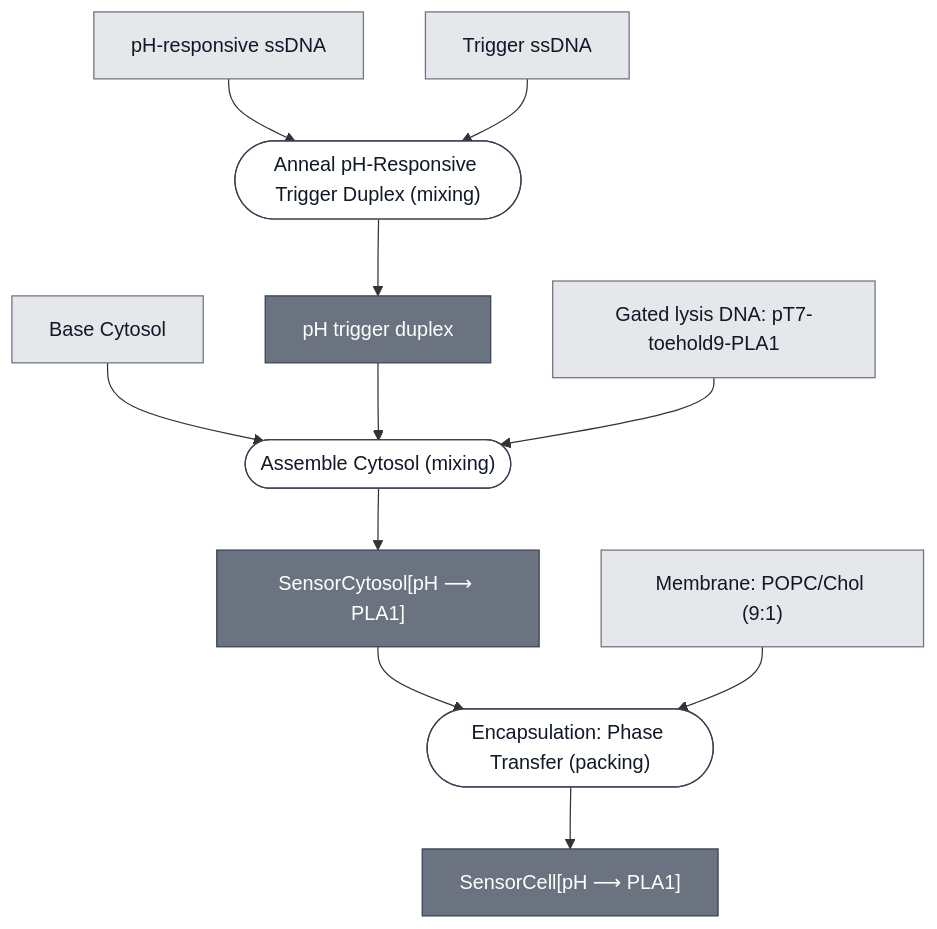
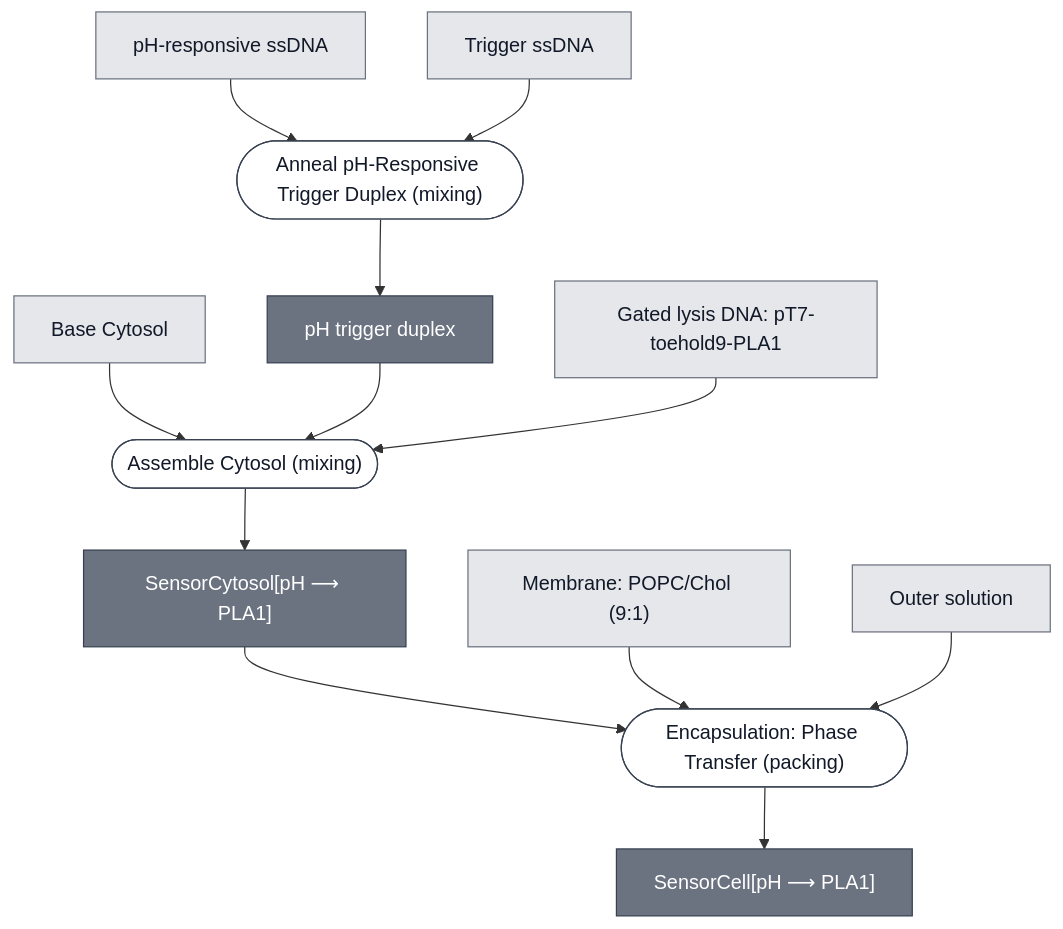
One commit to nucleus-eng/nucleus-docs changed the diagram in docs/modules/ph-sensing-cell/spec.md. Above: the diagram before and after it, drawn with Mermaid. The commit also changed 41 other files, not shown here.

````diff
--- a/docs/modules/ph-sensing-cell/spec.md
+++ b/docs/modules/ph-sensing-cell/spec.md
@@ -29,45 +29,48 @@
 ```mermaid
 flowchart TD
+    OUTER_SOLUTION["Outer solution"]
     BASE_CYTOSOL["Base Cytosol"]
     PH_RESPONSIVE_SSDNA["pH-responsive ssDNA"]
     TRIGGER_SSDNA["Trigger ssDNA"]
     EFFECTOR_PLA1_TOEHOLD["Gated lysis DNA: pT7-toehold9-PLA1"]
     MEMBRANE_POPC_CHOL_9_1["Membrane: POPC/Chol (9:1)"]
 
     P1_ANNEAL_TRIGGER_DUPLEX_0(["Anneal pH-Responsive Trigger Duplex (mixing)"])
     PH_TRIGGER_DUPLEX["pH trigger duplex"]
     P2_ASSEMBLE_CYTOSOL_0(["Assemble Cytosol (mixing)"])
     PH_SENSOR_CYTOSOL["SensorCytosol[pH ⟶ PLA1]"]
     P3_ENCAPSULATE_0(["Encapsulation: Phase Transfer (packing)"])
     PH_SENSING_CELL["SensorCell[pH ⟶ PLA1]"]
 
     PH_RESPONSIVE_SSDNA --> P1_ANNEAL_TRIGGER_DUPLEX_0
     TRIGGER_SSDNA --> P1_ANNEAL_TRIGGER_DUPLEX_0
     P1_ANNEAL_TRIGGER_DUPLEX_0 --> PH_TRIGGER_DUPLEX
 
     BASE_CYTOSOL --> P2_ASSEMBLE_CYTOSOL_0
     PH_TRIGGER_DUPLEX --> P2_ASSEMBLE_CYTOSOL_0
     EFFECTOR_PLA1_TOEHOLD --> P2_ASSEMBLE_CYTOSOL_0
     P2_ASSEMBLE_CYTOSOL_0 --> PH_SENSOR_CYTOSOL
 
     PH_SENSOR_CYTOSOL --> P3_ENCAPSULATE_0
     MEMBRANE_POPC_CHOL_9_1 --> P3_ENCAPSULATE_0
+    OUTER_SOLUTION --> P3_ENCAPSULATE_0
     P3_ENCAPSULATE_0 --> PH_SENSING_CELL
 
 
     classDef leaf     fill:#e5e7eb,stroke:#6b7280,color:#111827;
     classDef composed fill:#6b7280,stroke:#374151,color:#ffffff;
     classDef process  fill:#ffffff,stroke:#374151,color:#111827;
-    class BASE_CYTOSOL,PH_RESPONSIVE_SSDNA,TRIGGER_SSDNA,EFFECTOR_PLA1_TOEHOLD,MEMBRANE_POPC_CHOL_9_1 leaf;
+    class OUTER_SOLUTION,BASE_CYTOSOL,PH_RESPONSIVE_SSDNA,TRIGGER_SSDNA,EFFECTOR_PLA1_TOEHOLD,MEMBRANE_POPC_CHOL_9_1 leaf;
     class PH_TRIGGER_DUPLEX,PH_SENSOR_CYTOSOL,PH_SENSING_CELL composed;
     class P1_ANNEAL_TRIGGER_DUPLEX_0,P2_ASSEMBLE_CYTOSOL_0,P3_ENCAPSULATE_0 process;
 
+    click OUTER_SOLUTION "/docs/modules/outer-solution/spec"
     click BASE_CYTOSOL "/docs/modules/base-cytosol/spec"
     click MEMBRANE_POPC_CHOL_9_1 "/docs/modules/membrane-popc-chol-9-1/spec"
     click P1_ANNEAL_TRIGGER_DUPLEX_0 "/docs/processes/anneal-ph-trigger-duplex/main"
     click PH_TRIGGER_DUPLEX "/docs/modules/detector-ph/spec"
     click P2_ASSEMBLE_CYTOSOL_0 "/docs/processes/assemble-cytosol/assemble-cytosol-main"
     click PH_SENSOR_CYTOSOL "/docs/modules/ph-sensor-cytosol/spec"
     click P3_ENCAPSULATE_0 "/docs/processes/assemble-base-cell/main"
     click PH_SENSING_CELL "/docs/modules/ph-sensing-cell/spec"
 ```
````
